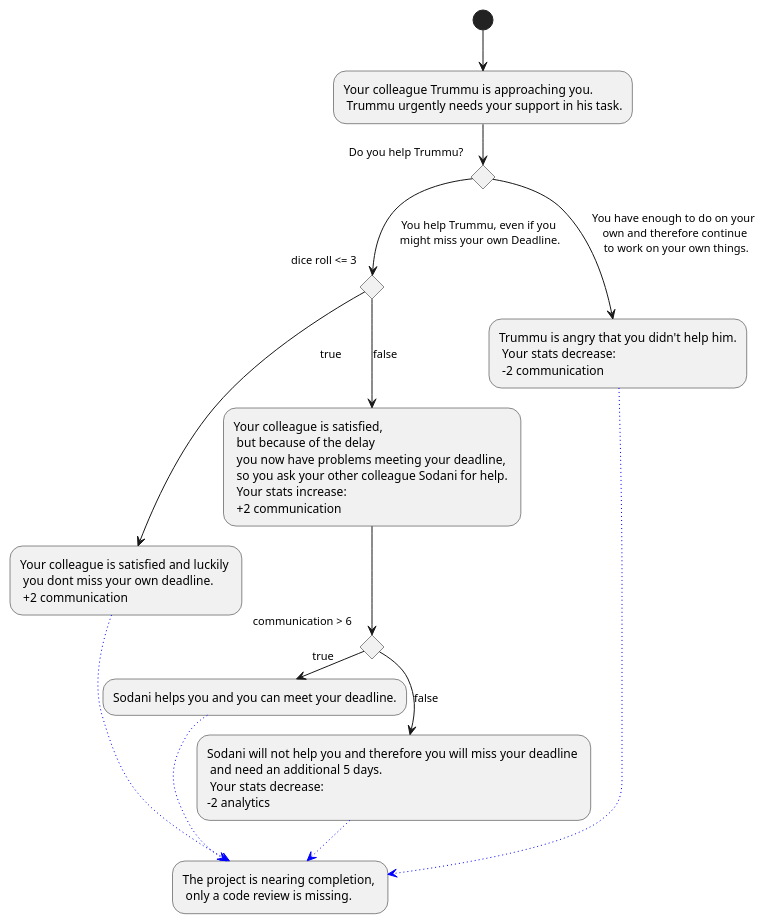
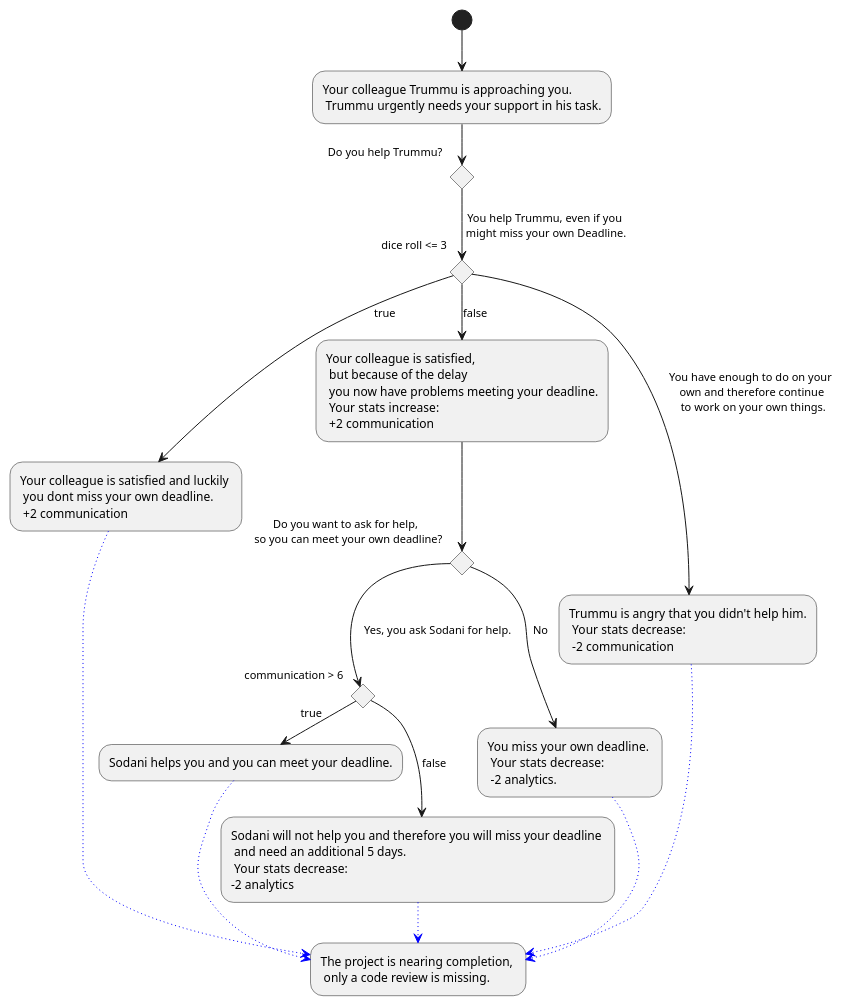
Before and after one commit to Brotenko/QualityQuest: the diagram in Docs/Technical Specifications/docs/diagrams/StoryFlow/StoryFlow_Decision_13.puml, drawn with PlantUML. The commit also changed 6 other files, not shown here.

```diff
--- a/Docs/Technical Specifications/docs/diagrams/StoryFlow/StoryFlow_Decision_13.puml
+++ b/Docs/Technical Specifications/docs/diagrams/StoryFlow/StoryFlow_Decision_13.puml
@@ -1,21 +1,29 @@
 @startuml
 (*) --> "Your colleague Trummu is approaching you.\n Trummu urgently needs your support in his task."
 if "Do you help Trummu?" then 
 --> [You help Trummu, even if you\n might miss your own Deadline.] if "dice roll <= 3" then
 --> [true] "Your colleague is satisfied and luckily \n you dont miss your own deadline. \n +2 communication" as helpNoProblem
 else
---> [false] "Your colleague is satisfied, \n but because of the delay \n you now have problems meeting your deadline, \n so you ask your other colleague Sodani for help. \n Your stats increase: \n +2 communication"
-if "communication > 6" then 
+--> [false] "Your colleague is satisfied, \n but because of the delay \n you now have problems meeting your deadline.\n Your stats increase: \n +2 communication"
+if "Do you want to ask for help, \n so you can meet your own deadline?" then 
+--> [No] "You miss your own deadline. \n Your stats decrease: \n -2 analytics." as alone
+else 
+--> [Yes, you ask Sodani for help.]if "communication > 6" then 
+
 -right-> [true] "Sodani helps you and you can meet your deadline." as getHelp
+else 
 else
 --> [false] "Sodani will not help you and therefore you will miss your deadline \n and need an additional 5 days. \n Your stats decrease: \n-2 analytics"
 -[#blue,dotted]-> "The project is nearing completion, \n only a code review is missing." as ende
+else 
+
 endif
 endif
 else
 --> [You have enough to do on your \n own and therefore continue \n to work on your own things.] "Trummu is angry that you didn't help him.\n Your stats decrease: \n -2 communication" as noHelp
 endif
+alone -[#blue,dotted]-> ende
 helpNoProblem -[#blue,dotted]-> ende
 getHelp -[#blue,dotted]-> ende
 noHelp -[#blue,dotted]-> ende
 @enduml
```
